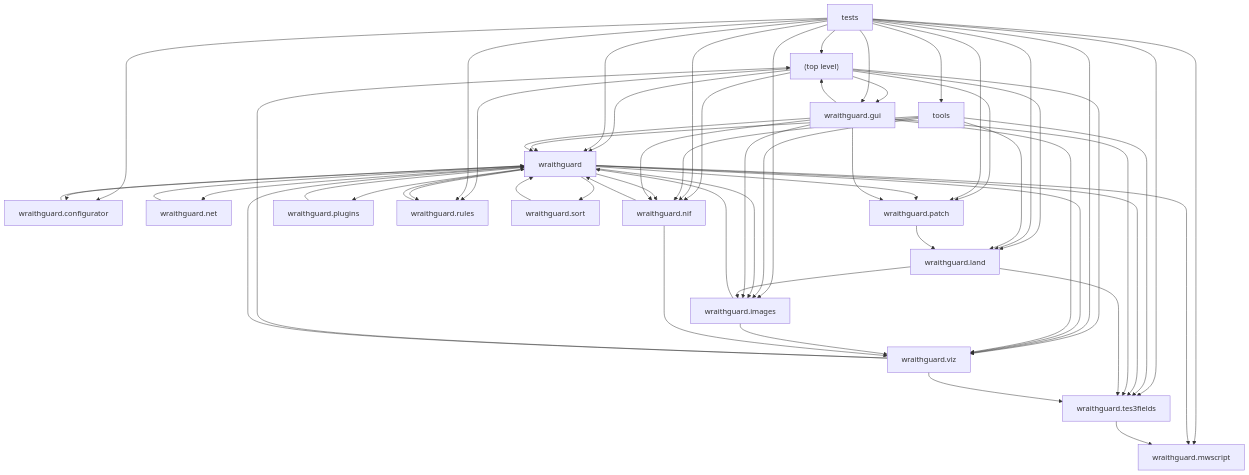
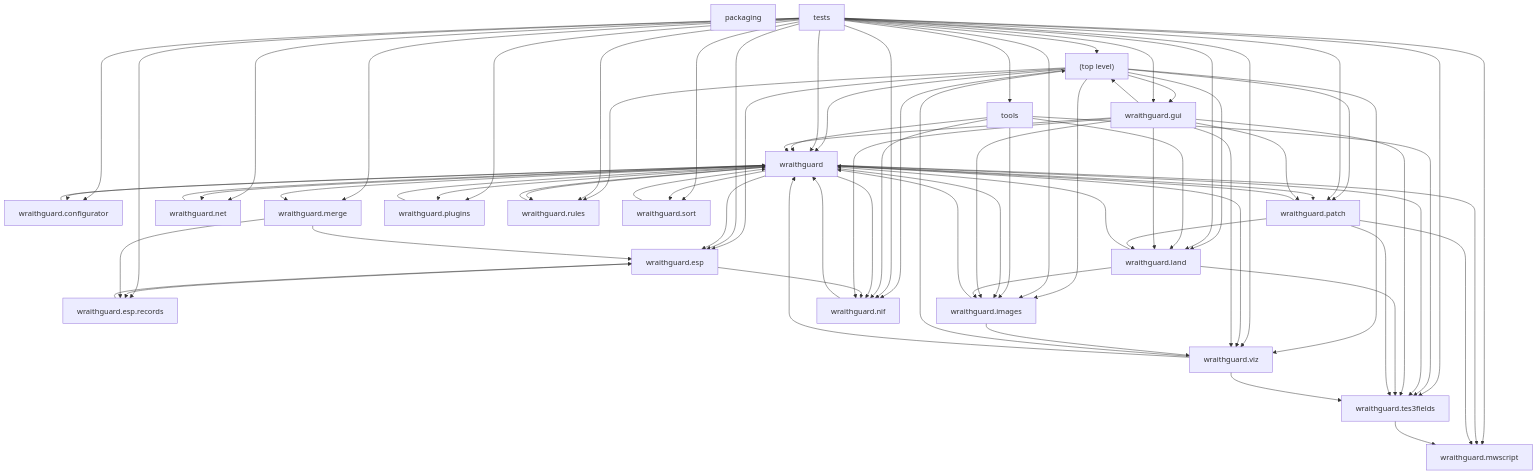
The first of 39 diagrams in art/AST-calls.md (staticnation/WraithguardToolkit), drawn with Mermaid before and after one commit. The commit also changed other lines of this file and 25 other files, not shown here.

````diff
--- a/art/AST-calls.md
+++ b/art/AST-calls.md
@@ -5,13 +5,17 @@
 ```mermaid
 flowchart TD
   n__top_level_["(top level)"]
+  n_packaging["packaging"]
   n_tests["tests"]
   n_tools["tools"]
   n_wraithguard["wraithguard"]
   n_wraithguard_configurator["wraithguard.configurator"]
+  n_wraithguard_esp["wraithguard.esp"]
+  n_wraithguard_esp_records["wraithguard.esp.records"]
   n_wraithguard_gui["wraithguard.gui"]
   n_wraithguard_images["wraithguard.images"]
   n_wraithguard_land["wraithguard.land"]
+  n_wraithguard_merge["wraithguard.merge"]
   n_wraithguard_mwscript["wraithguard.mwscript"]
   n_wraithguard_net["wraithguard.net"]
   n_wraithguard_nif["wraithguard.nif"]
@@ -22,7 +26,9 @@
   n_wraithguard_tes3fields["wraithguard.tes3fields"]
   n_wraithguard_viz["wraithguard.viz"]
   n__top_level_ --> n_wraithguard
+  n__top_level_ --> n_wraithguard_esp
   n__top_level_ --> n_wraithguard_gui
+  n__top_level_ --> n_wraithguard_images
   n__top_level_ --> n_wraithguard_land
   n__top_level_ --> n_wraithguard_nif
   n__top_level_ --> n_wraithguard_patch
@@ -32,13 +38,19 @@
   n_tests --> n_tools
   n_tests --> n_wraithguard
   n_tests --> n_wraithguard_configurator
+  n_tests --> n_wraithguard_esp
+  n_tests --> n_wraithguard_esp_records
   n_tests --> n_wraithguard_gui
   n_tests --> n_wraithguard_images
   n_tests --> n_wraithguard_land
+  n_tests --> n_wraithguard_merge
   n_tests --> n_wraithguard_mwscript
+  n_tests --> n_wraithguard_net
   n_tests --> n_wraithguard_nif
   n_tests --> n_wraithguard_patch
+  n_tests --> n_wraithguard_plugins
   n_tests --> n_wraithguard_rules
+  n_tests --> n_wraithguard_sort
   n_tests --> n_wraithguard_tes3fields
   n_tests --> n_wraithguard_viz
   n_tools --> n_wraithguard
@@ -47,7 +59,9 @@
   n_tools --> n_wraithguard_nif
   n_tools --> n_wraithguard_tes3fields
   n_wraithguard --> n_wraithguard_configurator
+  n_wraithguard --> n_wraithguard_esp
   n_wraithguard --> n_wraithguard_images
+  n_wraithguard --> n_wraithguard_merge
   n_wraithguard --> n_wraithguard_mwscript
   n_wraithguard --> n_wraithguard_net
   n_wraithguard --> n_wraithguard_nif
@@ -58,21 +72,30 @@
   n_wraithguard --> n_wraithguard_tes3fields
   n_wraithguard --> n_wraithguard_viz
   n_wraithguard_configurator --> n_wraithguard
+  n_wraithguard_esp --> n_wraithguard_esp_records
+  n_wraithguard_esp --> n_wraithguard_nif
+  n_wraithguard_esp_records --> n_wraithguard_esp
   n_wraithguard_gui --> n__top_level_
   n_wraithguard_gui --> n_wraithguard
   n_wraithguard_gui --> n_wraithguard_images
+  n_wraithguard_gui --> n_wraithguard_land
   n_wraithguard_gui --> n_wraithguard_nif
   n_wraithguard_gui --> n_wraithguard_patch
   n_wraithguard_gui --> n_wraithguard_tes3fields
   n_wraithguard_gui --> n_wraithguard_viz
   n_wraithguard_images --> n_wraithguard
   n_wraithguard_images --> n_wraithguard_viz
+  n_wraithguard_land --> n_wraithguard
   n_wraithguard_land --> n_wraithguard_images
   n_wraithguard_land --> n_wraithguard_tes3fields
+  n_wraithguard_merge --> n_wraithguard_esp
+  n_wraithguard_merge --> n_wraithguard_esp_records
   n_wraithguard_net --> n_wraithguard
   n_wraithguard_nif --> n_wraithguard
-  n_wraithguard_nif --> n_wraithguard_viz
+  n_wraithguard_patch --> n_wraithguard
   n_wraithguard_patch --> n_wraithguard_land
+  n_wraithguard_patch --> n_wraithguard_mwscript
+  n_wraithguard_patch --> n_wraithguard_tes3fields
   n_wraithguard_plugins --> n_wraithguard
   n_wraithguard_rules --> n_wraithguard
   n_wraithguard_sort --> n_wraithguard
````
